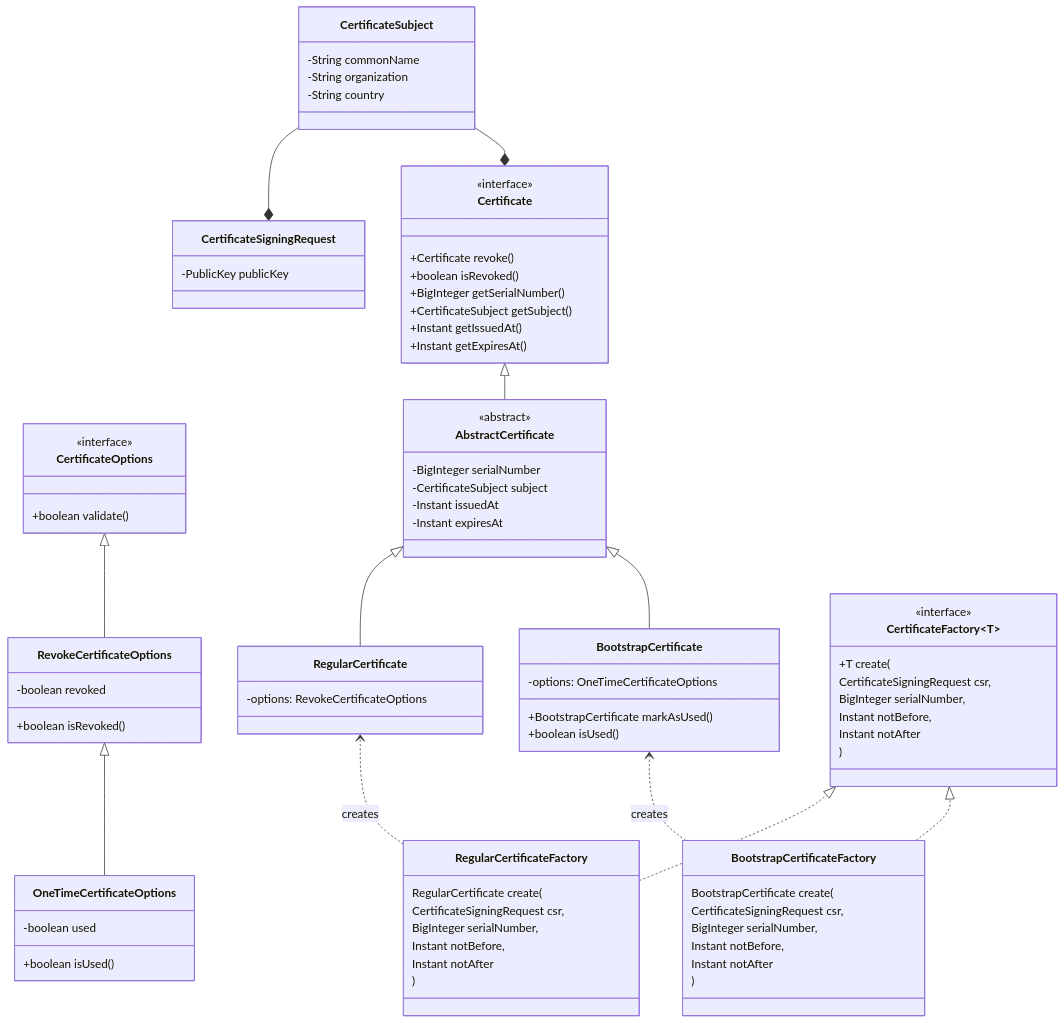
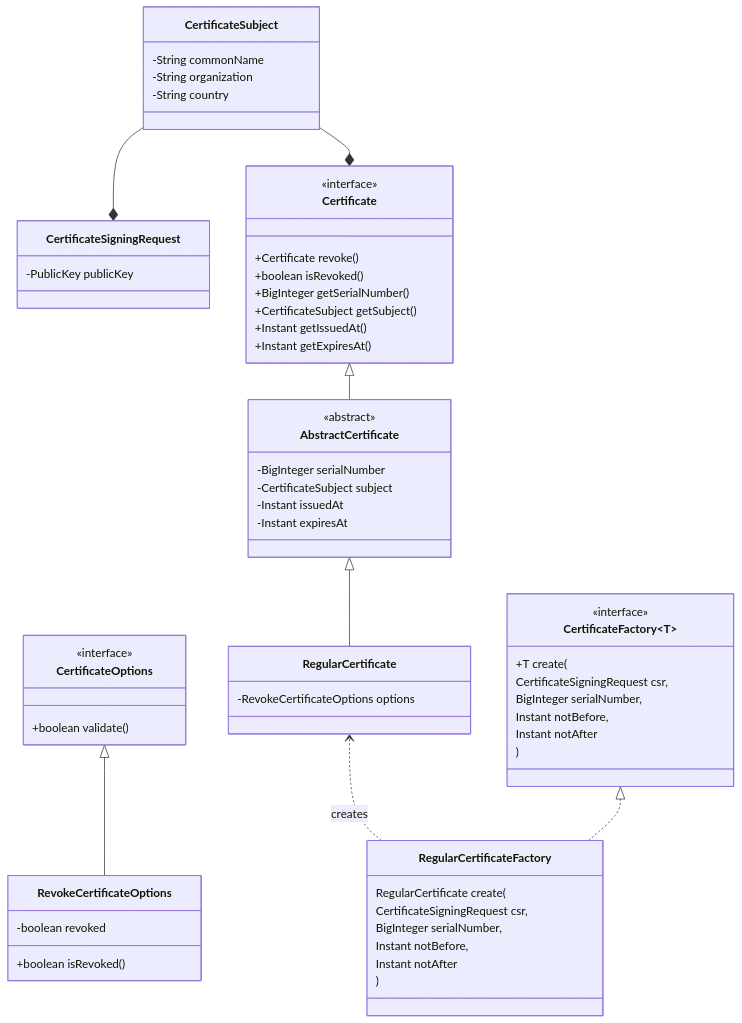
Before and after one commit to diogocerqueiralima/vehicle-tracker: the diagram in docs/device/authentication/identity-service.md, drawn with Mermaid. The commit also changed other lines of this file and 2 other files, not shown here.

Commit message:
docs: update certificate enrollment flow and fix documentation issues
- Add ref block to certificate lifecycle diagram pointing to enrollment flow
- Rename "Certificate Lifecycle" section to "Certificate Usage" to avoid ambiguity with document title
- Declare OtherService as participant in enrollment diagram
- Add certificate renewal step to overview diagram
- Fix CertificateOptions description and RegularCertificate field format in identity-service

````diff
--- a/docs/device/authentication/identity-service.md
+++ b/docs/device/authentication/identity-service.md
@@ -30,11 +30,6 @@
     +boolean isRevoked()
 }
 
-class OneTimeCertificateOptions {
-    -boolean used
-    +boolean isUsed()
-}
-
 class Certificate {
     <<interface>>
     +Certificate revoke()
@@ -54,13 +49,7 @@
 }
 
 class RegularCertificate {
-    -options: RevokeCertificateOptions
-}
-
-class BootstrapCertificate {
-    -options: OneTimeCertificateOptions
-    +BootstrapCertificate markAsUsed()
-    +boolean isUsed()
+    -RevokeCertificateOptions options
 }
 
 class CertificateFactory~T~ {
@@ -73,15 +62,6 @@
   )
 }
 
-class BootstrapCertificateFactory {
-    BootstrapCertificate create(
-        CertificateSigningRequest csr,
-        BigInteger serialNumber,
-        Instant notBefore,
-        Instant notAfter
-    )
-}
-
 class RegularCertificateFactory {
     RegularCertificate create(
         CertificateSigningRequest csr,
@@ -92,14 +72,10 @@
 }
 
 RevokeCertificateOptions --|> CertificateOptions
-OneTimeCertificateOptions --|> RevokeCertificateOptions
 CertificateSigningRequest *-- CertificateSubject
 Certificate *-- CertificateSubject
 AbstractCertificate --|> Certificate
 RegularCertificate --|> AbstractCertificate
-BootstrapCertificate --|> AbstractCertificate
 RegularCertificateFactory ..|> CertificateFactory~RegularCertificate~
-BootstrapCertificateFactory ..|> CertificateFactory~BootstrapCertificate~
-BootstrapCertificateFactory ..> BootstrapCertificate : creates
 RegularCertificateFactory ..> RegularCertificate : creates
 ```
````
